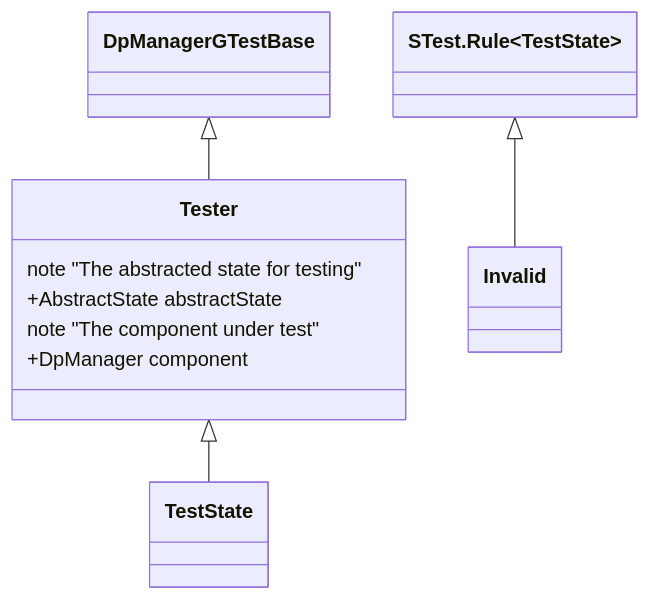
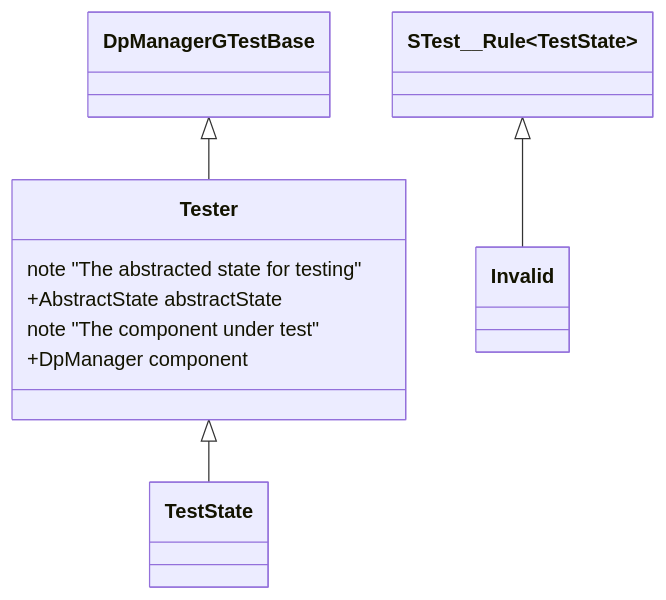
The diagram in Svc/DpManager/test/ut/README.md (bocchino/fprime), drawn with Mermaid before and after one commit.

Commit message:
Revise mermaid diagram

````diff
--- a/Svc/DpManager/test/ut/README.md
+++ b/Svc/DpManager/test/ut/README.md
@@ -5,12 +5,12 @@
 ```mermaid
 classDiagram
     DpManagerGTestBase <|-- Tester
     Tester <|-- TestState
-    STest.Rule~TestState~ <|-- Invalid
+    STest__Rule~TestState~ <|-- Invalid
     class Tester {
         note "The abstracted state for testing"
         +AbstractState abstractState
         note "The component under test"
         +DpManager component
     }
 ```
````
